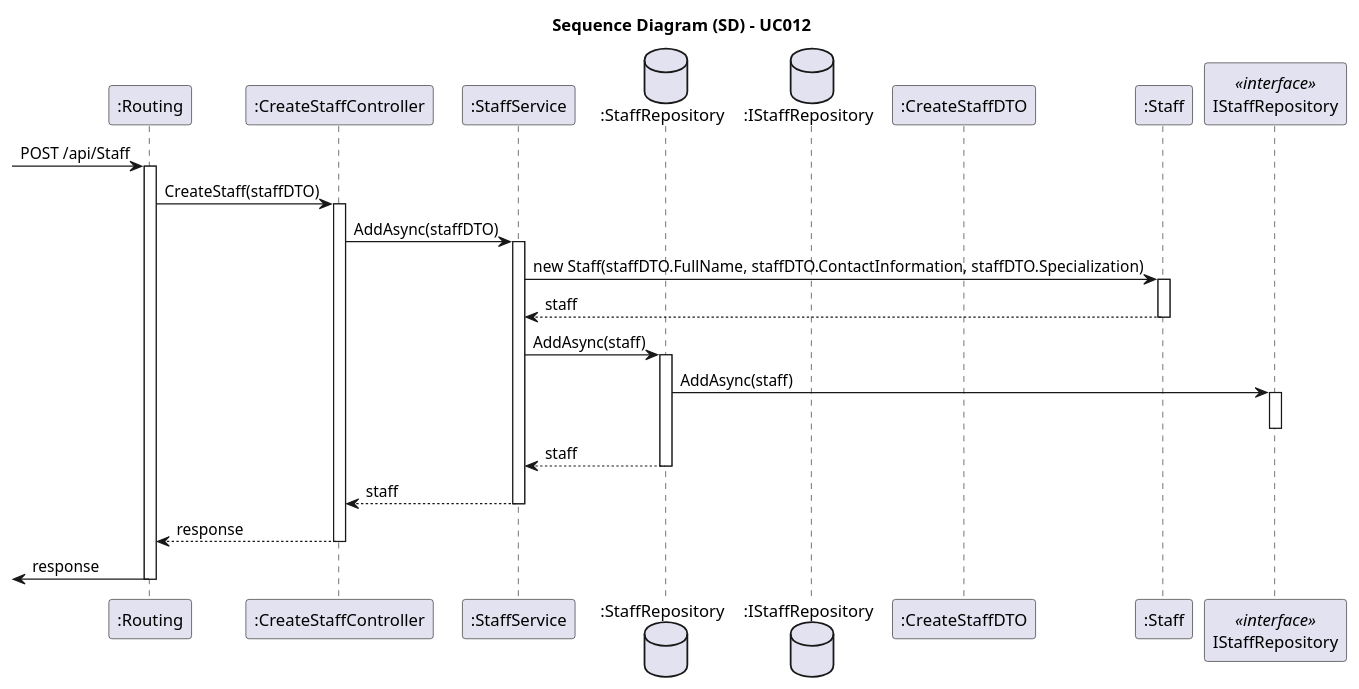
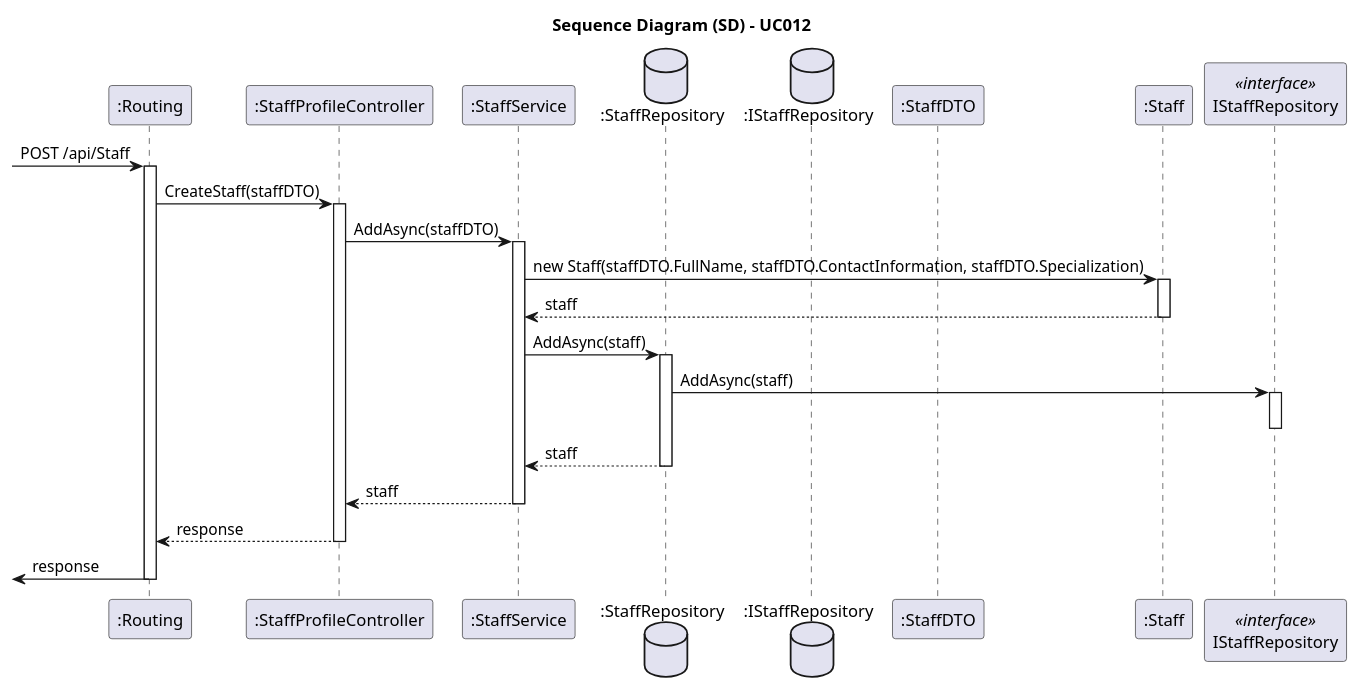
One commit to 1221124/sem5pi-24-25-g031 changed the diagram in docs/SprintA/UseCases/UC012/03.design/puml/uc012-sequence-diagram.puml. Above: the diagram before and after it, drawn with PlantUML. The commit also changed 1 other file, not shown here.

```diff
--- a/docs/SprintA/UseCases/UC012/03.design/puml/uc012-sequence-diagram.puml
+++ b/docs/SprintA/UseCases/UC012/03.design/puml/uc012-sequence-diagram.puml
@@ -1,52 +1,52 @@
 @startuml
 skinparam packageStyle rectangle
 skinparam shadowing false
 skinparam linetype polyline
 
 skinparam classAttributeIconSize 0
 
 title Sequence Diagram (SD) - UC012
 
 participant ":Routing" as Routing
-participant ":CreateStaffController" as Controller
+participant ":StaffProfileController" as Controller
 participant ":StaffService" as Service
 database ":StaffRepository" as Repository
 database ":IStaffRepository" as IRepository
-participant ":CreateStaffDTO" as StaffDTO
+participant ":StaffDTO" as StaffDTO
 participant ":Staff" as Domain
 participant IStaffRepository as InterfaceStaffRepository <<interface>>
 
 -> Routing: POST /api/Staff
 activate Routing
 
 Routing -> Controller: CreateStaff(staffDTO)
 activate Controller
 
     Controller -> Service: AddAsync(staffDTO)
     activate Service
 
         Service -> Domain: new Staff(staffDTO.FullName, staffDTO.ContactInformation, staffDTO.Specialization)
         activate Domain
             Domain --> Service: staff
         deactivate Domain
 
         Service -> Repository: AddAsync(staff)
         activate Repository
 
             Repository -> InterfaceStaffRepository: AddAsync(staff)
             activate InterfaceStaffRepository
             deactivate InterfaceStaffRepository
 
         Repository --> Service: staff
         deactivate Repository
 
     Service --> Controller: staff
     deactivate Service
 
 Controller --> Routing: response 
 deactivate Controller
 
 <- Routing: response
 deactivate Routing
 
 @enduml
```
